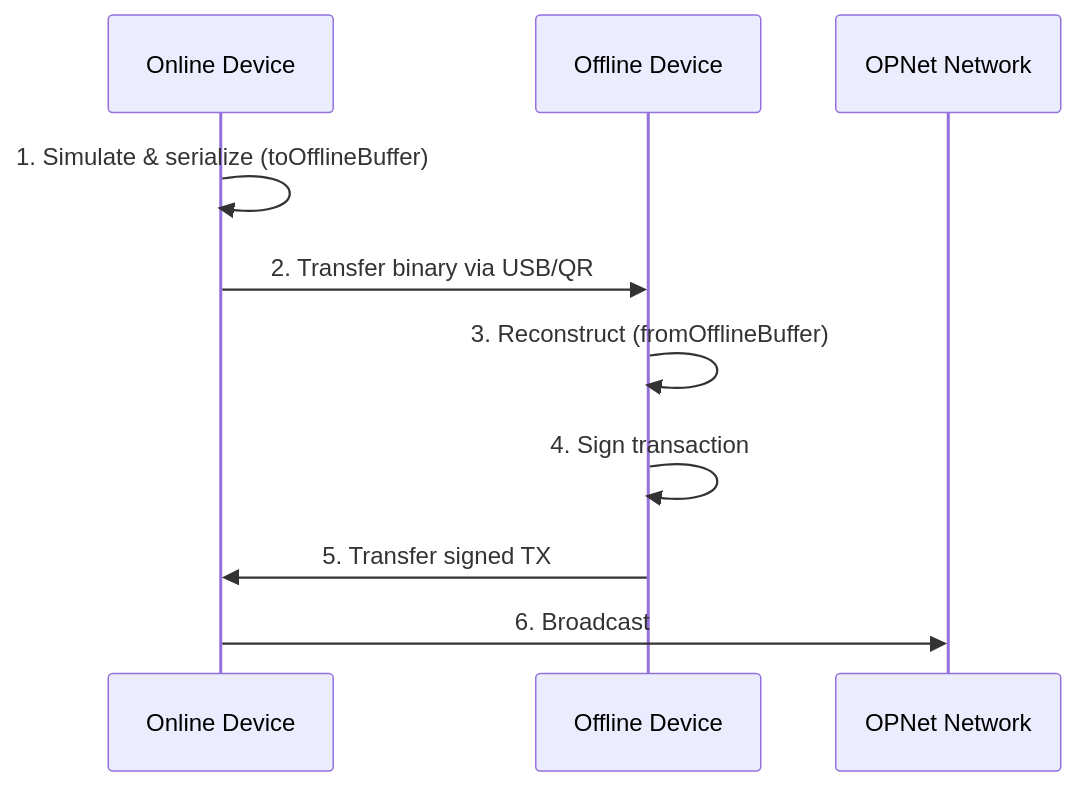
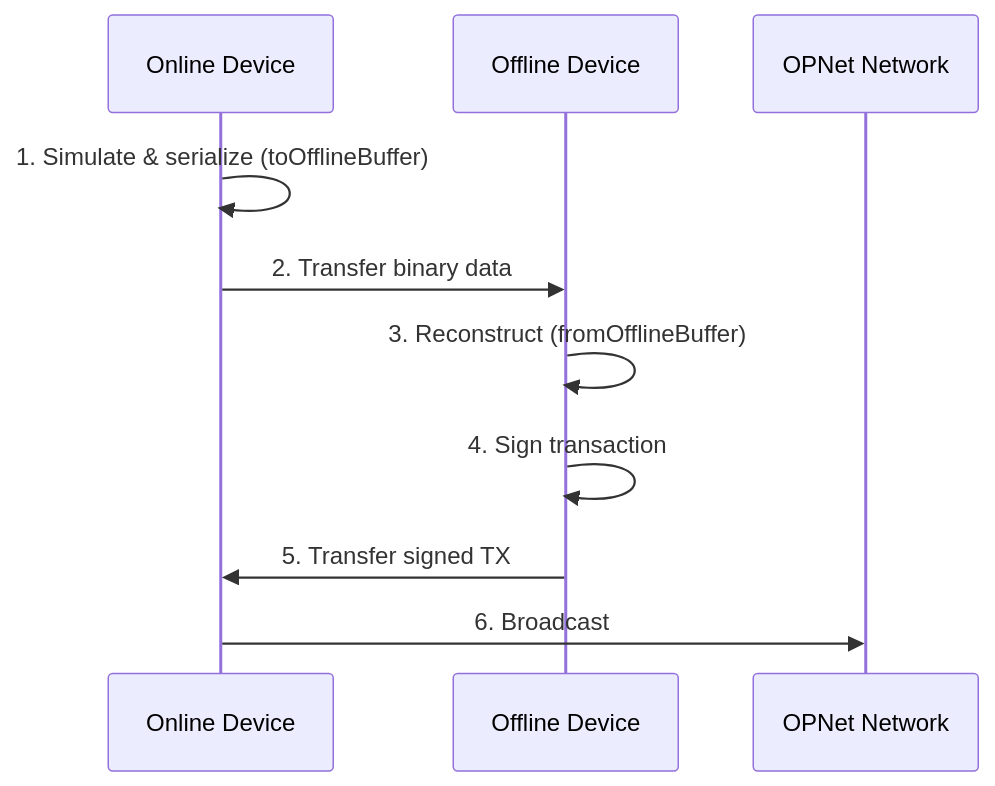
One commit to btc-vision/opnet changed the diagram in docs/contracts/offline-signing.md. Above: the diagram before and after it, drawn with Mermaid. The commit also changed other lines of this file and 32 other files, not shown here.

````diff
--- a/docs/contracts/offline-signing.md
+++ b/docs/contracts/offline-signing.md
@@ -32,13 +32,13 @@
 ```mermaid
 sequenceDiagram
     participant Online as Online Device
     participant Offline as Offline Device
     participant Network as OPNet Network
 
     Online->>Online: 1. Simulate & serialize (toOfflineBuffer)
-    Online->>Offline: 2. Transfer binary via USB/QR
+    Online->>Offline: 2. Transfer binary data
     Offline->>Offline: 3. Reconstruct (fromOfflineBuffer)
     Offline->>Offline: 4. Sign transaction
     Offline->>Online: 5. Transfer signed TX
     Online->>Network: 6. Broadcast
 ```
````
